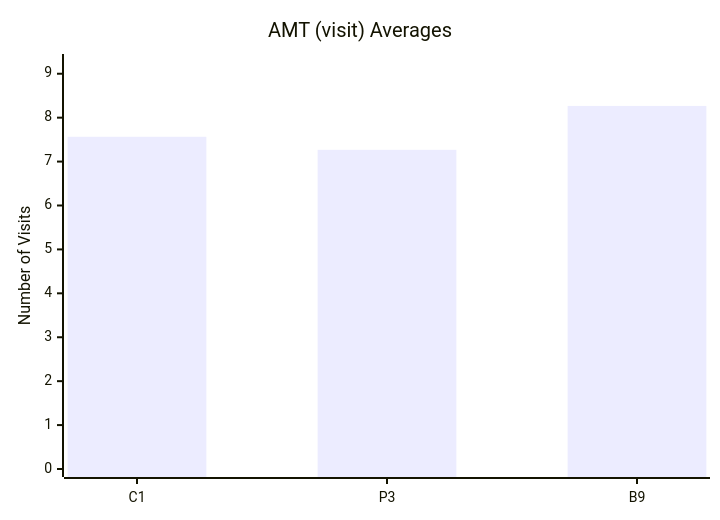
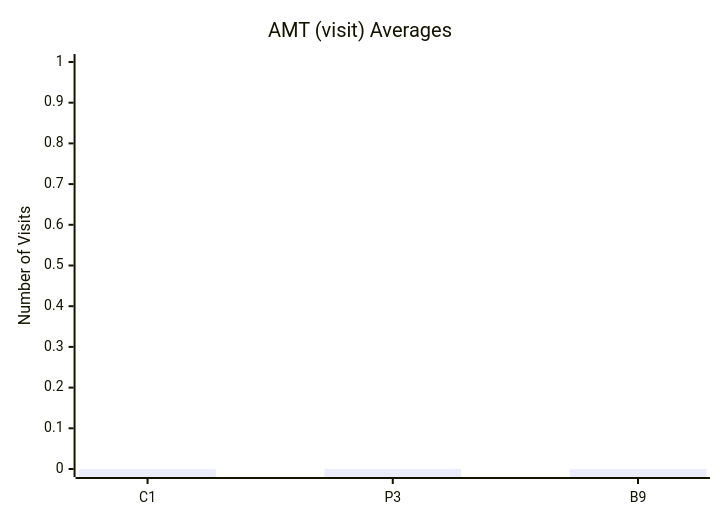
The tenth of 10 diagrams in test-tools/DataGen/src/Statistics_Visualizer.md (dhagan-va/intern-2025), drawn with Mermaid before and after one commit. The commit also changed other lines of this file and 4 other files, not shown here.

````diff
--- a/test-tools/DataGen/src/Statistics_Visualizer.md
+++ b/test-tools/DataGen/src/Statistics_Visualizer.md
@@ -106,7 +106,7 @@
 ```mermaid
 xychart-beta
     title "AMT (visit) Averages"
     x-axis ["C1", "P3", "B9"]
-    y-axis "Number of Visits" 0 --> 9.267326732673267
-    bar [7.564356435643564, 7.267326732673268, 8.267326732673267]
+    y-axis "Number of Visits" 0 --> 1.0
+    bar [0.0, 0.0, 0.0]
 ```
````
